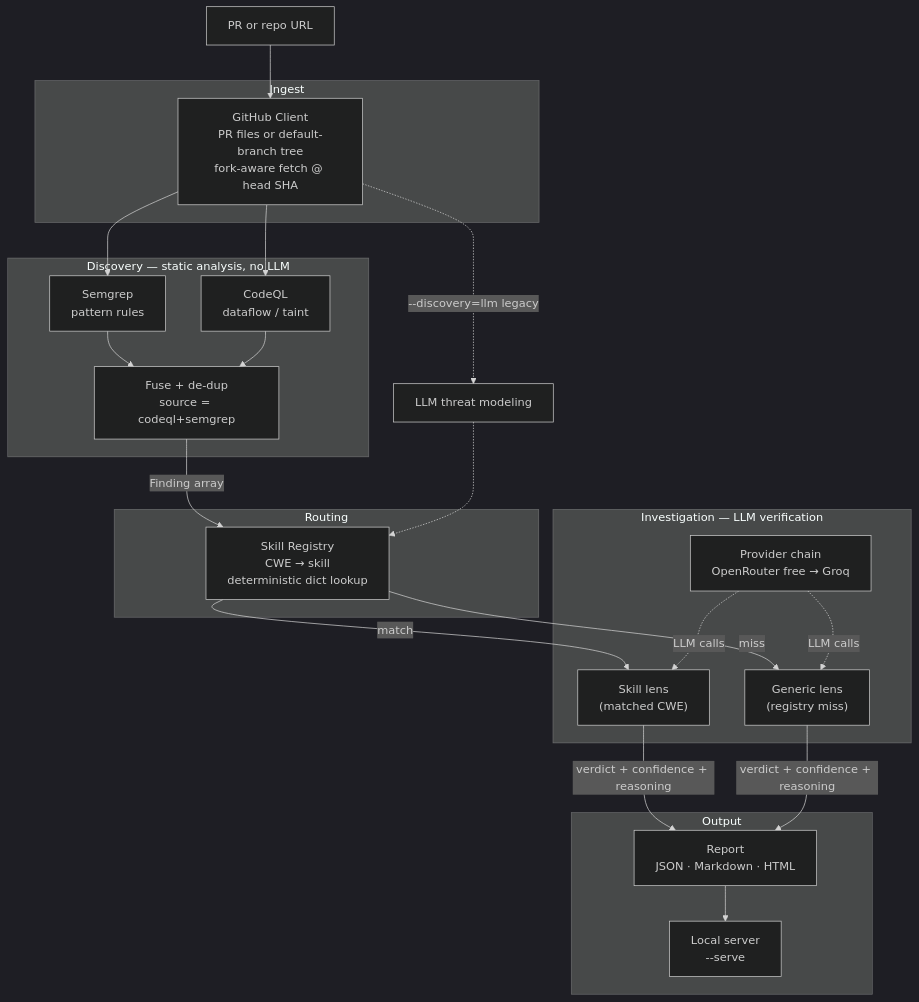
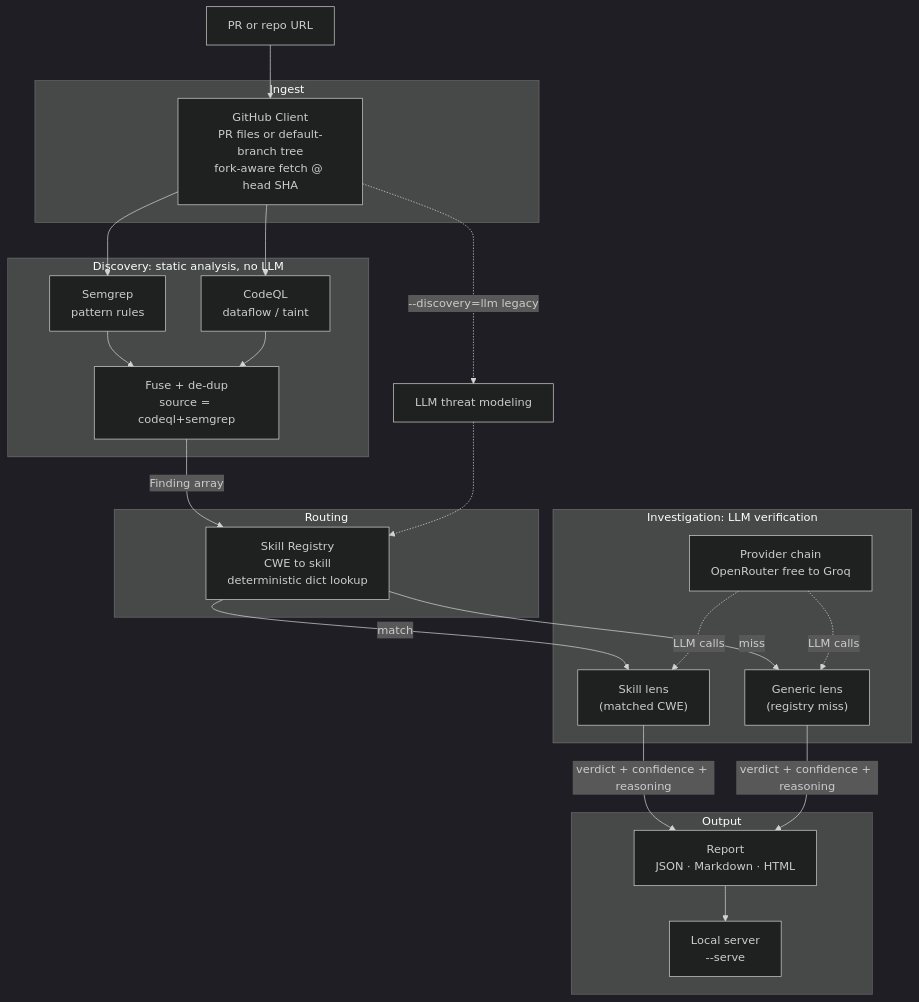
The first of 2 diagrams in README.md (prasannasalunkhe18/ThreatLens), drawn with Mermaid (dark theme) before and after one commit. The commit also changed other lines of this file, not shown here.

````diff
--- a/README.md
+++ b/README.md
@@ -26,45 +29,45 @@
 ```mermaid
 flowchart TB
     PR[PR or repo URL]
 
     subgraph ingest [Ingest]
         GH["GitHub Client<br/>PR files or default-branch tree<br/>fork-aware fetch @ head SHA"]
     end
 
-    subgraph discovery ["Discovery — static analysis, no LLM"]
+    subgraph discovery ["Discovery: static analysis, no LLM"]
         SG["Semgrep<br/>pattern rules"]
         CQ["CodeQL<br/>dataflow / taint"]
         FU["Fuse + de-dup<br/>source = codeql+semgrep"]
     end
 
     subgraph route [Routing]
-        REG["Skill Registry<br/>CWE → skill<br/>deterministic dict lookup"]
+        REG["Skill Registry<br/>CWE to skill<br/>deterministic dict lookup"]
     end
 
-    subgraph investigate ["Investigation — LLM verification"]
+    subgraph investigate ["Investigation: LLM verification"]
         SK["Skill lens<br/>(matched CWE)"]
         GN["Generic lens<br/>(registry miss)"]
-        PROV["Provider chain<br/>OpenRouter free → Groq"]
+        PROV["Provider chain<br/>OpenRouter free to Groq"]
     end
 
     subgraph output [Output]
         RPT["Report<br/>JSON · Markdown · HTML"]
         SRV["Local server<br/>--serve"]
     end
 
     PR --> GH
     GH --> SG
     GH --> CQ
     GH -.->|--discovery=llm legacy| LLMTM["LLM threat modeling"]
     SG --> FU
     CQ --> FU
     FU -->|Finding array| REG
     LLMTM -.-> REG
     REG -->|match| SK
     REG -->|miss| GN
     PROV -.LLM calls.-> SK
     PROV -.LLM calls.-> GN
     SK -->|verdict + confidence + reasoning| RPT
     GN -->|verdict + confidence + reasoning| RPT
     RPT --> SRV
 ```
````
